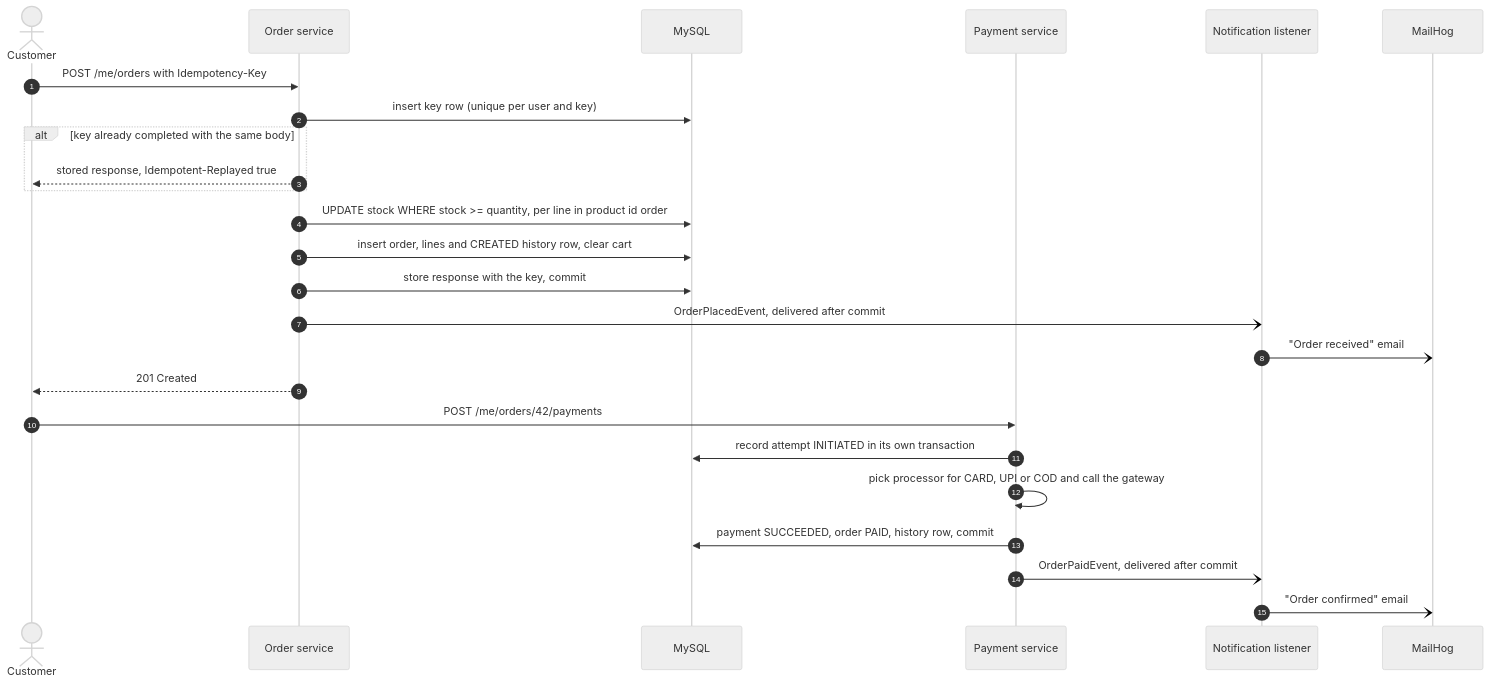
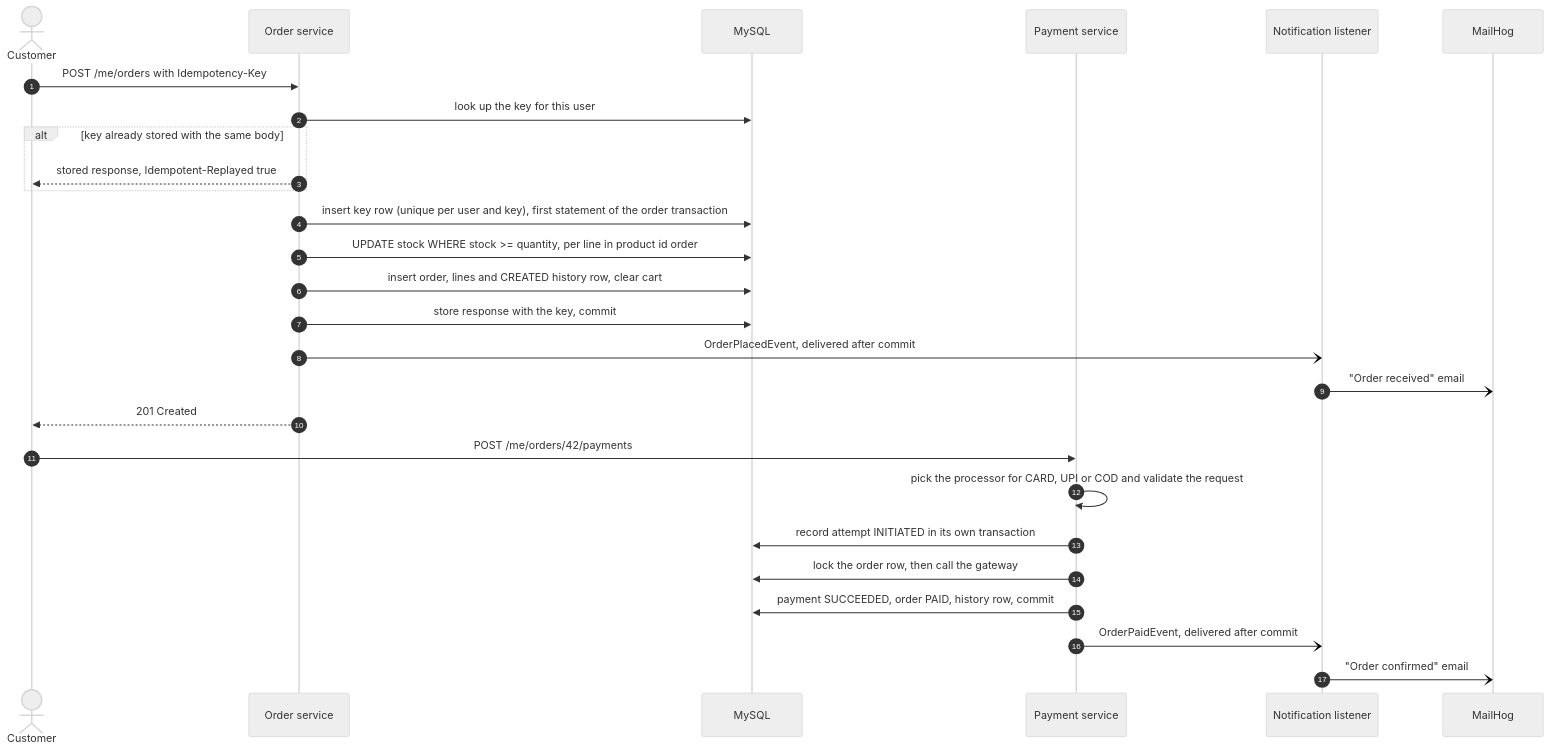
The second of 2 diagrams in README.md (Darshan-05032003/ecommerce-backend), drawn with Mermaid (neutral theme) before and after one commit. The commit also changed other lines of this file, not shown here.

Commit message:
Show the key lookup before the claim in the README order flow
The diagram inserted the key row before deciding to replay, and the
payment steps were out of order. Also list the refundfail marker and
the new test count.

````diff
--- a/README.md
+++ b/README.md
@@ -42,27 +42,29 @@
 ```mermaid
 sequenceDiagram
     autonumber
     actor C as Customer
     participant O as Order service
     participant DB as MySQL
     participant P as Payment service
     participant N as Notification listener
     participant M as MailHog
     C->>O: POST /me/orders with Idempotency-Key
-    O->>DB: insert key row (unique per user and key)
-    alt key already completed with the same body
+    O->>DB: look up the key for this user
+    alt key already stored with the same body
         O-->>C: stored response, Idempotent-Replayed true
     end
+    O->>DB: insert key row (unique per user and key), first statement of the order transaction
     O->>DB: UPDATE stock WHERE stock >= quantity, per line in product id order
     O->>DB: insert order, lines and CREATED history row, clear cart
     O->>DB: store response with the key, commit
     O-)N: OrderPlacedEvent, delivered after commit
     N-)M: "Order received" email
     O-->>C: 201 Created
     C->>P: POST /me/orders/42/payments
+    P->>P: pick the processor for CARD, UPI or COD and validate the request
     P->>DB: record attempt INITIATED in its own transaction
-    P->>P: pick processor for CARD, UPI or COD and call the gateway
+    P->>DB: lock the order row, then call the gateway
     P->>DB: payment SUCCEEDED, order PAID, history row, commit
     P-)N: OrderPaidEvent, delivered after commit
     N-)M: "Order confirmed" email
 ```
````
